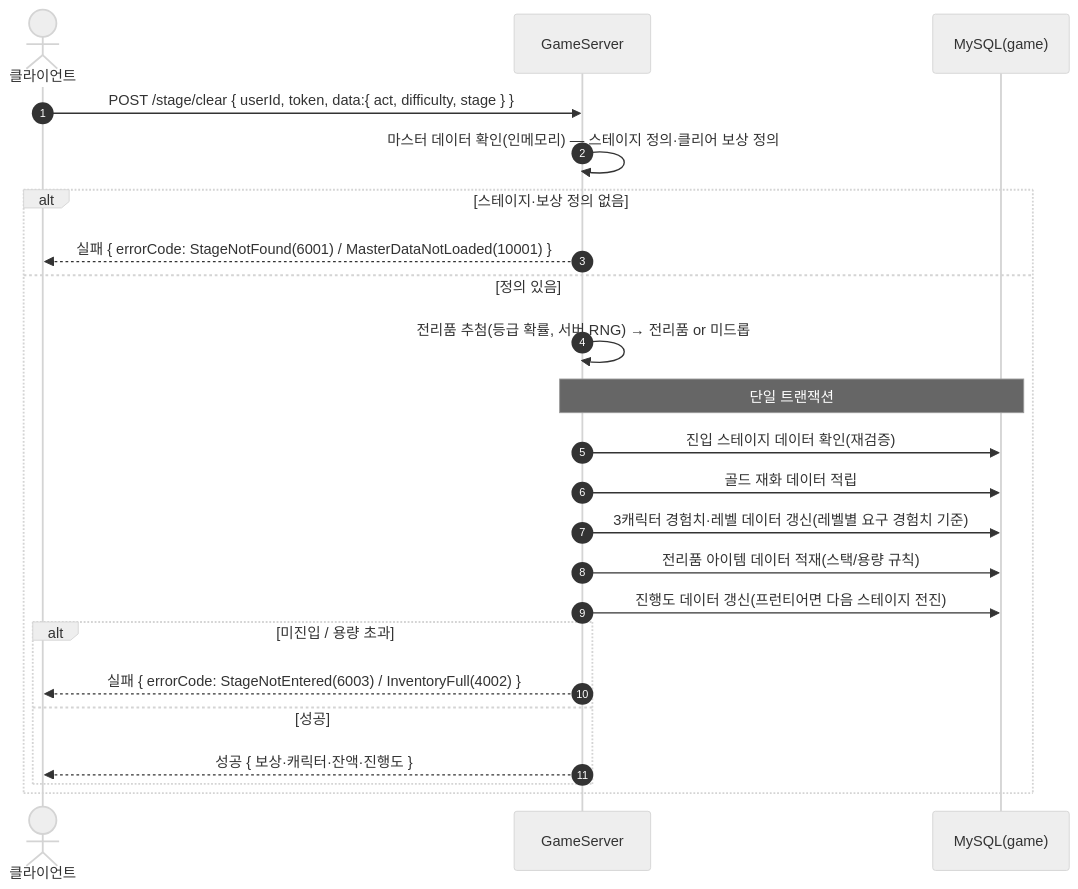
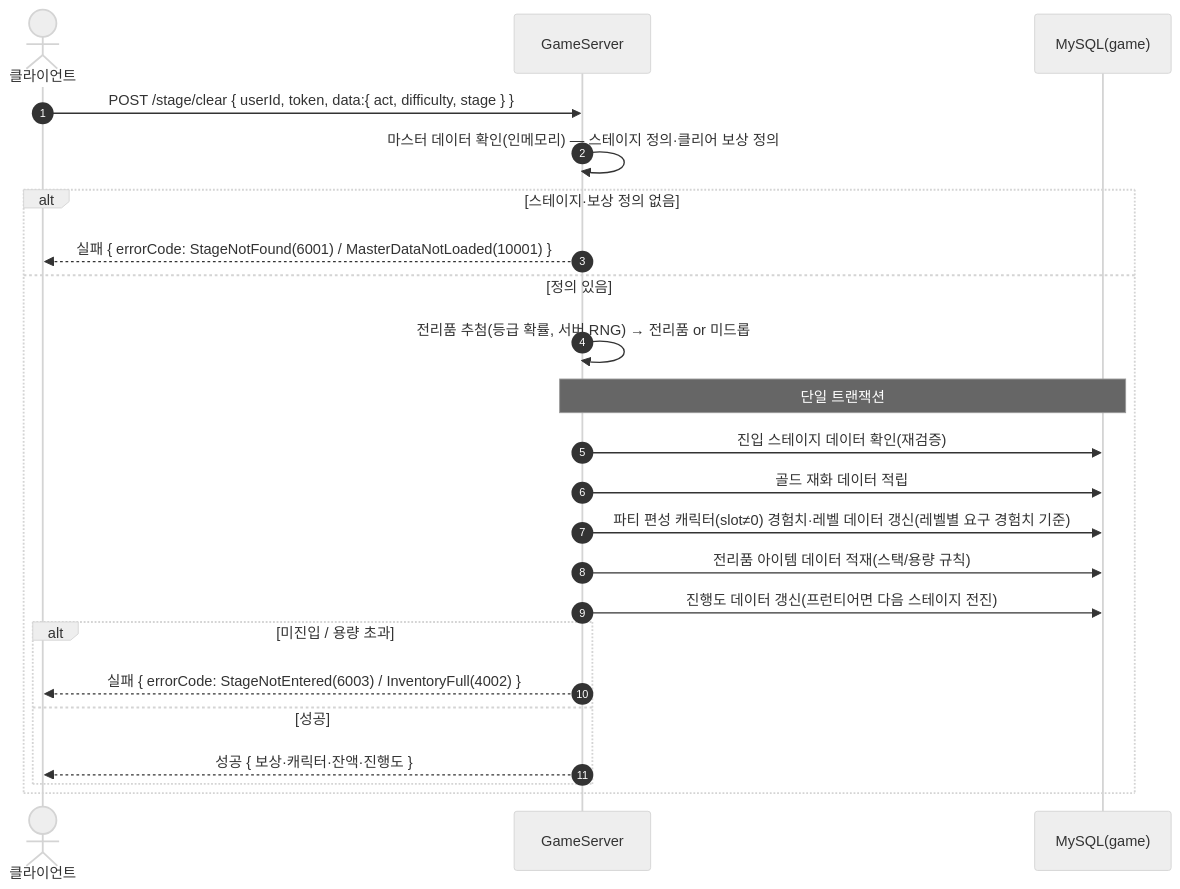
Before and after one commit to ks-wook/com2us-taskbar-hero: the tenth of 33 diagrams in SequenceDiagram/README.md, drawn with Mermaid (neutral theme). The commit also changed other lines of this file and 17 other files, not shown here.

````diff
--- a/SequenceDiagram/README.md
+++ b/SequenceDiagram/README.md
@@ -282,26 +314,26 @@
 ```mermaid
 sequenceDiagram
     autonumber
     actor C as 클라이언트
     participant S as GameServer
     participant DB as MySQL(game)
 
     C->>S: POST /stage/clear { userId, token, data:{ act, difficulty, stage } }
     S->>S: 마스터 데이터 확인(인메모리) — 스테이지 정의·클리어 보상 정의
     alt 스테이지·보상 정의 없음
         S-->>C: 실패 { errorCode: StageNotFound(6001) / MasterDataNotLoaded(10001) }
     else 정의 있음
         S->>S: 전리품 추첨(등급 확률, 서버 RNG) → 전리품 or 미드롭
         Note over S,DB: 단일 트랜잭션
         S->>DB: 진입 스테이지 데이터 확인(재검증)
         S->>DB: 골드 재화 데이터 적립
-        S->>DB: 3캐릭터 경험치·레벨 데이터 갱신(레벨별 요구 경험치 기준)
+        S->>DB: 파티 편성 캐릭터(slot≠0) 경험치·레벨 데이터 갱신(레벨별 요구 경험치 기준)
         S->>DB: 전리품 아이템 데이터 적재(스택/용량 규칙)
         S->>DB: 진행도 데이터 갱신(프런티어면 다음 스테이지 전진)
         alt 미진입 / 용량 초과
             S-->>C: 실패 { errorCode: StageNotEntered(6003) / InventoryFull(4002) }
         else 성공
             S-->>C: 성공 { 보상·캐릭터·잔액·진행도 }
         end
     end
 ```
````
